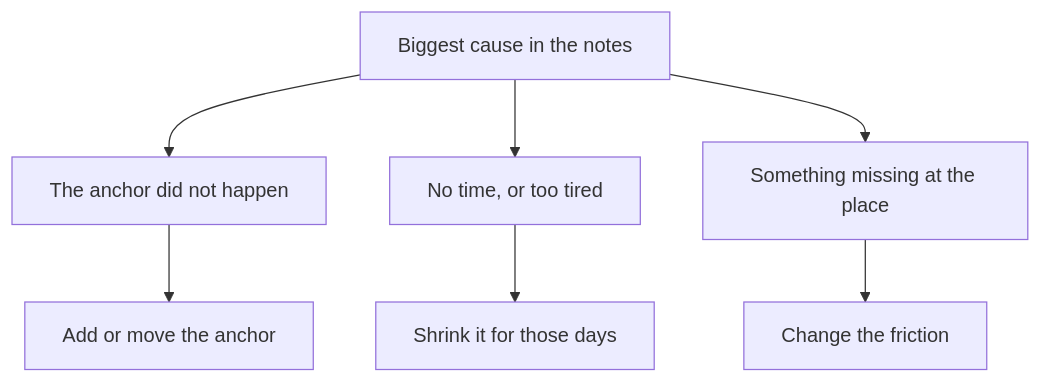
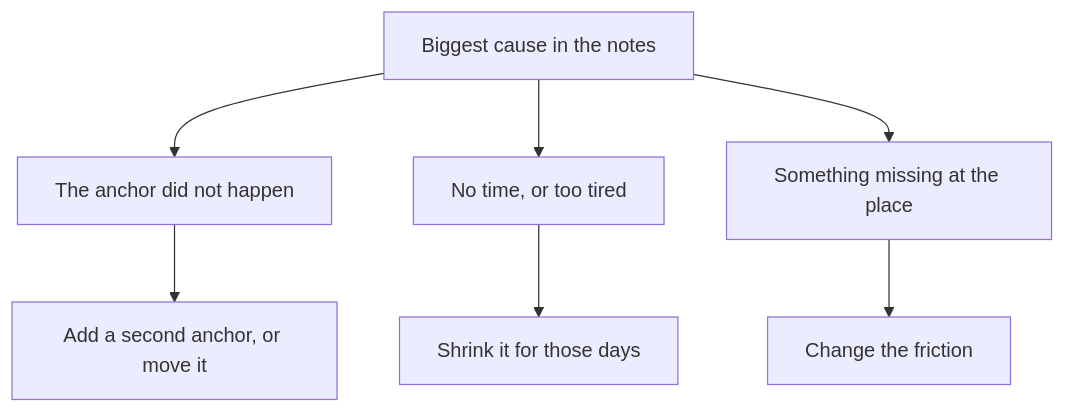
Before and after one commit to Muhammad-AnasKhan/Buildment: the diagram in content/import/building-habits/07-your-30-day-plan/07.02-reading-your-30-days.md, drawn with Mermaid. The commit also changed other lines of this file and 4 other files, not shown here.

````diff
--- a/content/import/building-habits/07-your-30-day-plan/07.02-reading-your-30-days.md
+++ b/content/import/building-habits/07-your-30-day-plan/07.02-reading-your-30-days.md
@@ -94,9 +112,9 @@
 ```mermaid
 flowchart TD
   A["Biggest cause in the notes"] --> B["The anchor did not happen"]
   A --> C["No time, or too tired"]
   A --> D["Something missing at the place"]
-  B --> E["Add or move the anchor"]
+  B --> E["Add a second anchor, or move it"]
   C --> F["Shrink it for those days"]
   D --> G["Change the friction"]
 ```
````
